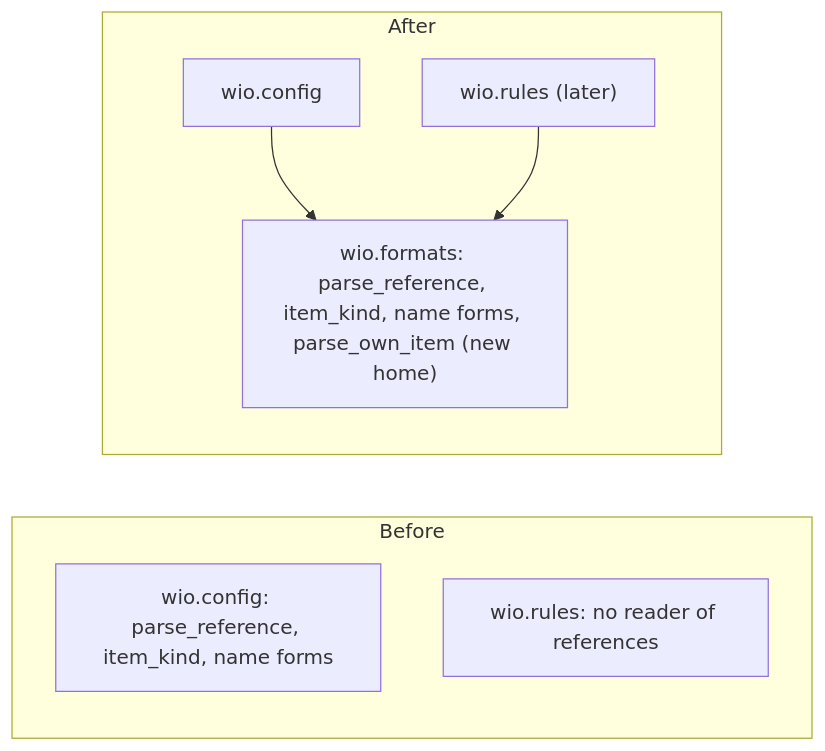
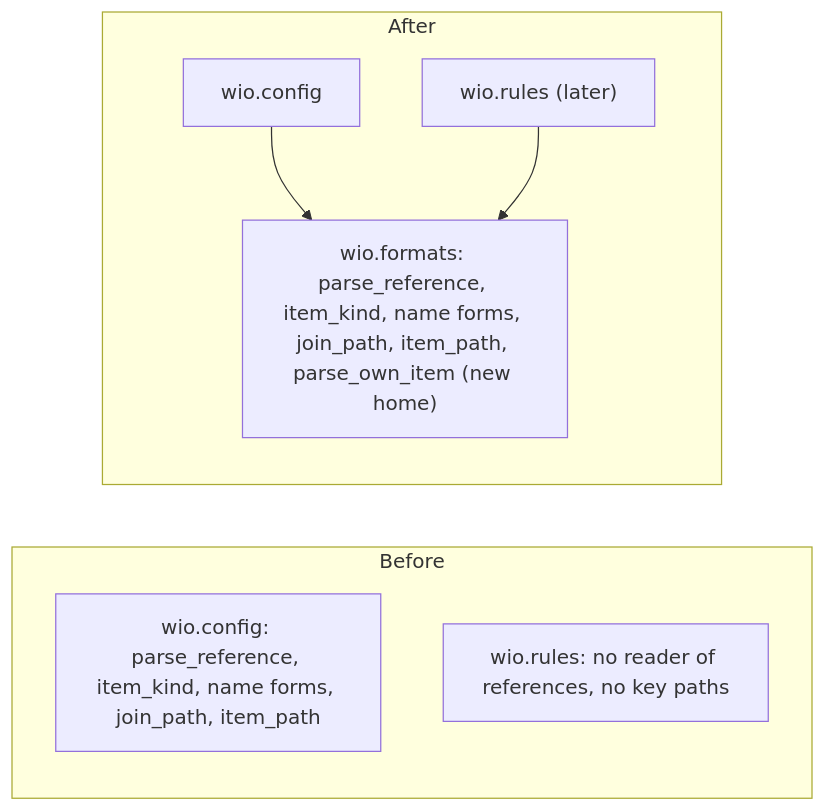
The diagram in .agents/wio/works/wio-rules/shared-grammar/README.md (msitarz/wio), drawn with Mermaid before and after one commit. The commit also changed other lines of this file and 10 other files, not shown here.

First line of the commit message:
docs(rules): move the key paths to the shared grammar and settle the second review

````diff
--- a/.agents/wio/works/wio-rules/shared-grammar/README.md
+++ b/.agents/wio/works/wio-rules/shared-grammar/README.md
@@ -85,14 +91,14 @@
 ```mermaid
 flowchart LR
     subgraph before["Before"]
-        cfgb["wio.config: parse_reference, item_kind, name forms"]
-        rulesb["wio.rules: no reader of references"]
+        cfgb["wio.config: parse_reference, item_kind, name forms, join_path, item_path"]
+        rulesb["wio.rules: no reader of references, no key paths"]
     end
     subgraph after["After"]
-        fmt["wio.formats: parse_reference, item_kind, name forms, parse_own_item (new home)"]
+        fmt["wio.formats: parse_reference, item_kind, name forms, join_path, item_path, parse_own_item (new home)"]
         cfga["wio.config"]
         rulesa["wio.rules (later)"]
         cfga --> fmt
         rulesa --> fmt
     end
 ```
````
